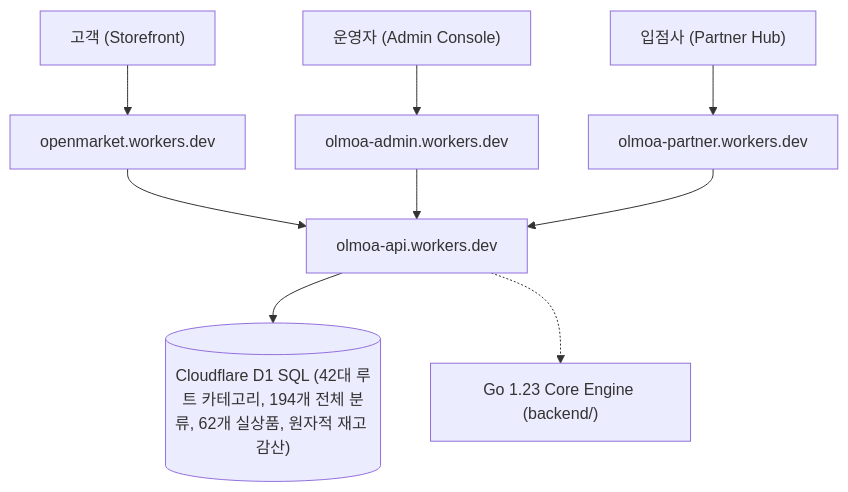
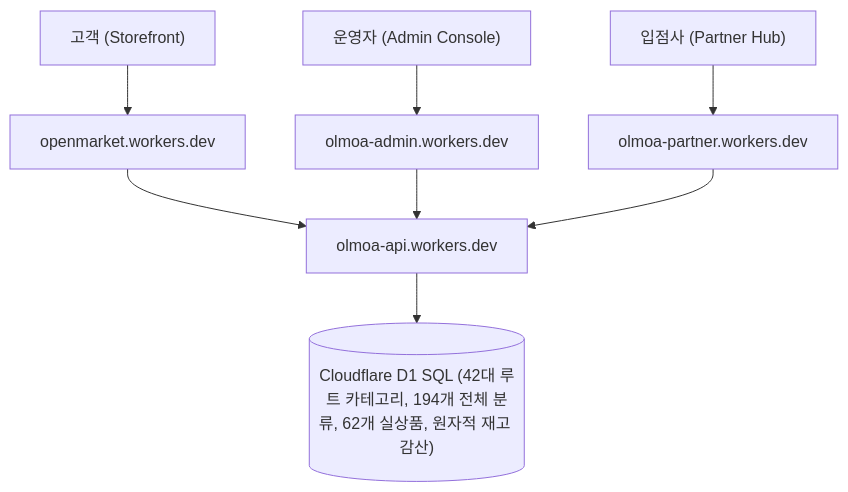
Before and after one commit to dnjstjqppk-dev/openmarket: the diagram in README.md, drawn with Mermaid. The commit also changed other lines of this file and 154 other files, not shown here.

````diff
--- a/README.md
+++ b/README.md
@@ -27,10 +27,9 @@
 ```mermaid
 flowchart TD
     Buyer["고객 (Storefront)"] --> CF_Store["openmarket.workers.dev"]
     Admin["운영자 (Admin Console)"] --> CF_Admin["olmoa-admin.workers.dev"]
     Partner["입점사 (Partner Hub)"] --> CF_Partner["olmoa-partner.workers.dev"]
     
     CF_Store & CF_Admin & CF_Partner --> CF_API["olmoa-api.workers.dev"]
     CF_API --> D1[("Cloudflare D1 SQL (42대 루트 카테고리, 194개 전체 분류, 62개 실상품, 원자적 재고 감산)")]
-    CF_API -.-> GoEngine["Go 1.23 Core Engine (backend/)"]
 ```
````
